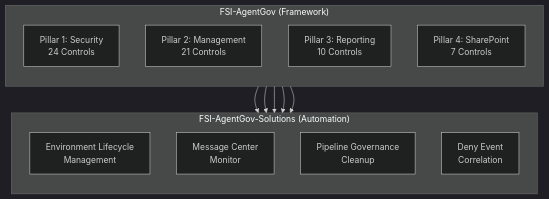
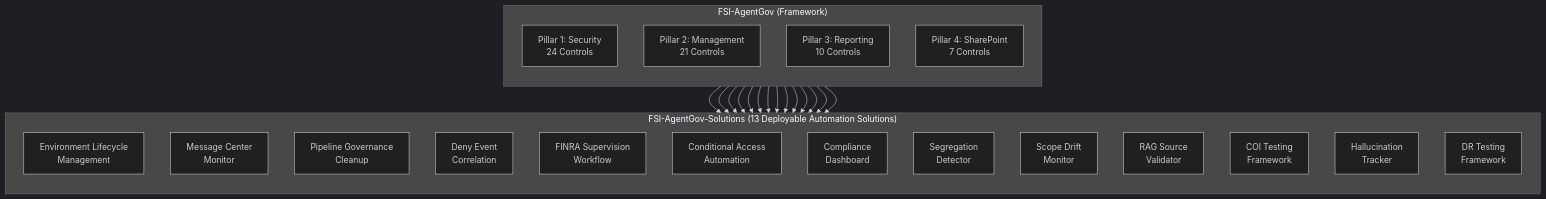
Before and after one commit to judeper/FSI-AgentGov: the diagram in docs/framework/solutions-integration.md, drawn with Mermaid (dark theme). The commit also changed other lines of this file and 1 other file, not shown here.

First line of the commit message:
feat(06-05): expand solutions-integration to 13 solutions and add status column

````diff
--- a/docs/framework/solutions-integration.md
+++ b/docs/framework/solutions-integration.md
@@ -11,24 +11,42 @@
 ```mermaid
 flowchart TB
     subgraph Framework["FSI-AgentGov (Framework)"]
         direction TB
         P1[Pillar 1: Security<br/>24 Controls]
         P2[Pillar 2: Management<br/>21 Controls]
         P3[Pillar 3: Reporting<br/>10 Controls]
         P4[Pillar 4: SharePoint<br/>7 Controls]
     end
 
-    subgraph Solutions["FSI-AgentGov-Solutions (Automation)"]
+    subgraph Solutions["FSI-AgentGov-Solutions (13 Deployable Automation Solutions)"]
         direction TB
         ELM[Environment Lifecycle<br/>Management]
         MCM[Message Center<br/>Monitor]
         PGC[Pipeline Governance<br/>Cleanup]
         DEC[Deny Event<br/>Correlation]
+        FSW[FINRA Supervision<br/>Workflow]
+        CAA[Conditional Access<br/>Automation]
+        CD[Compliance<br/>Dashboard]
+        SDD[Segregation<br/>Detector]
+        SDM[Scope Drift<br/>Monitor]
+        RSV[RAG Source<br/>Validator]
+        COI[COI Testing<br/>Framework]
+        HT[Hallucination<br/>Tracker]
+        DR[DR Testing<br/>Framework]
     end
 
     P2 --> ELM
     P2 --> MCM
     P2 --> PGC
     P1 --> DEC
     P3 --> DEC
+    P2 --> FSW
+    P1 --> CAA
+    P3 --> CD
+    P2 --> SDD
+    P1 --> SDM
+    P2 --> RSV
+    P2 --> COI
+    P3 --> HT
+    P2 --> DR
 ```
````
